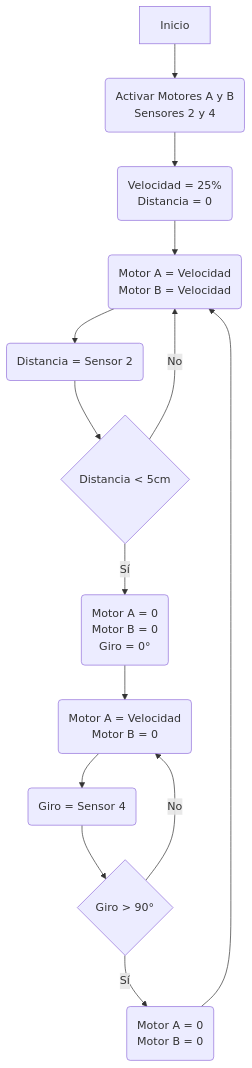
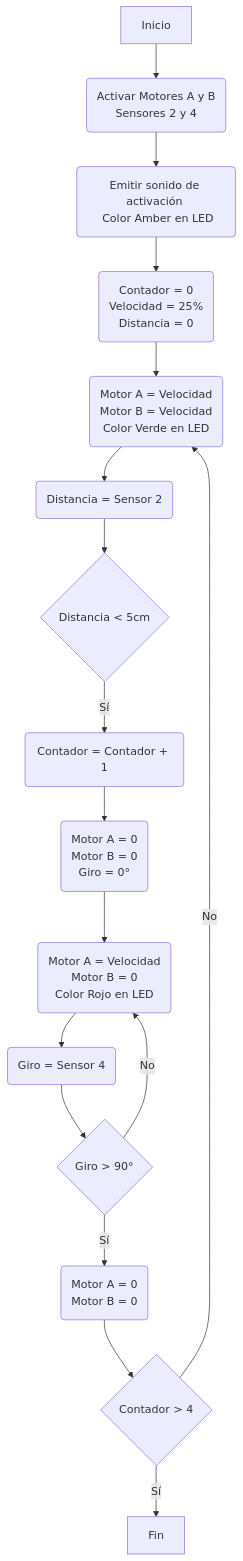
One commit to antorresca/Robotica_Movil_251 changed the diagram in Laboratorio_1/README.md. Above: the diagram before and after it, drawn with Mermaid. The commit also changed other lines of this file, not shown here.

````diff
--- a/Laboratorio_1/README.md
+++ b/Laboratorio_1/README.md
@@ -131,20 +133,20 @@
 ```mermaid
 flowchart TD
     A[Inicio] --> G(Activar Motores A y B <br> Sensores 2 y 4)
-    G --> E(Velocidad = 25% <br> Distancia = 0)
-    E --> B(Motor A = Velocidad <br> Motor B = Velocidad)
+    G --> W(Emitir sonido de activación <br> Color Amber en LED)
+    W --> E(Contador = 0 <br> Velocidad = 25% <br> Distancia = 0)
+    E --> B(Motor A = Velocidad <br> Motor B = Velocidad <br> Color Verde en LED)
     B --> C(Distancia = Sensor 2)
     C --> F{Distancia < 5cm}
-   
-    F -->|Sí| J(Motor A = 0 <br> Motor B = 0 <br> Giro = 0&deg)
-    J --> H(Motor A = Velocidad <br> Motor B = 0)
+    F -->|Sí| M(Contador = Contador + 1) --> J(Motor A = 0 <br> Motor B = 0 <br> Giro = 0&deg)
+    J --> H(Motor A = Velocidad <br> Motor B = 0 <br> Color Rojo en LED)
     H --> I(Giro = Sensor 4)
     I --> K{Giro > 90&deg}
     K -->|Sí| L(Motor A = 0 <br> Motor B = 0)
     K -->|No| H
-    L --> B
-
-    F -->|No| B
+    L --> N{Contador > 4} 
+    N -->|No| B
+    N -->|Sí| O[Fin]
 
 
 ```
````
